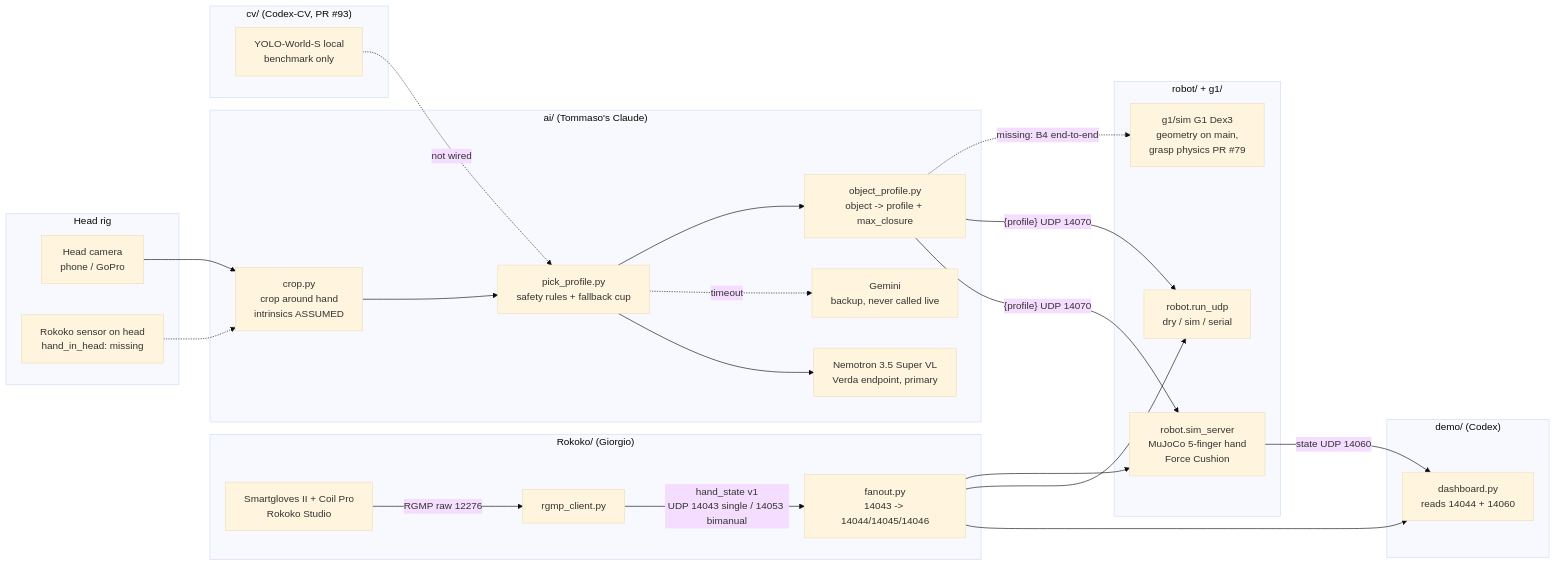
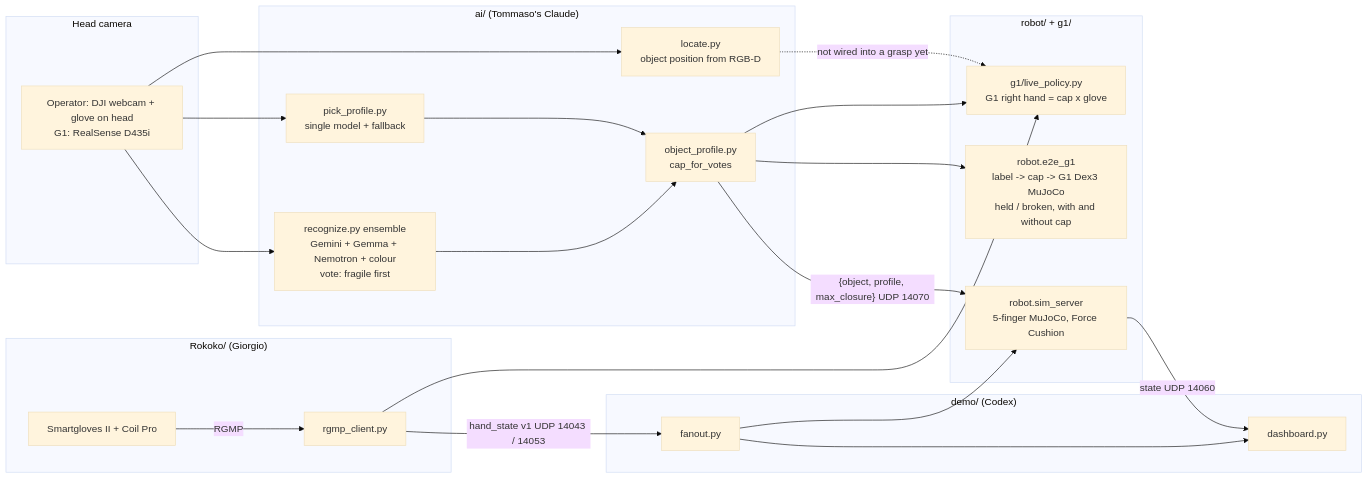
The diagram in docs/ARCHITECTURE.md (giorgiogiaretta/Junction), drawn with Mermaid (base theme) before and after one commit. The commit also changed other lines of this file and 5 other files, not shown here.

Commit message:
[docs] Update architecture, README and submissions: ensemble, locate, e2e_g1, cap_for_votes, G1 10% test, afternoon recognition numbers

````diff
--- a/docs/ARCHITECTURE.md
+++ b/docs/ARCHITECTURE.md
@@ -9,44 +9,34 @@
 ```mermaid
 flowchart LR
   subgraph Rokoko["Rokoko/  (Giorgio)"]
-    G[Smartgloves II + Coil Pro<br/>Rokoko Studio] -->|RGMP raw 12276| C[rgmp_client.py]
-    C -->|hand_state v1<br/>UDP 14043 single / 14053 bimanual| F
+    G[Smartgloves II + Coil Pro] -->|RGMP| C[rgmp_client.py]
   end
-  subgraph Head["Head rig"]
-    CAM[Head camera<br/>phone / GoPro]
-    HS[Rokoko sensor on head<br/>hand_in_head: missing]
+  subgraph Head["Head camera"]
+    CAM[Operator: DJI webcam + glove on head<br/>G1: RealSense D435i]
   end
   subgraph ai["ai/  (Tommaso's Claude)"]
-    CR[crop.py<br/>crop around hand<br/>intrinsics ASSUMED]
-    P[pick_profile.py<br/>safety rules + fallback cup]
-    N[Nemotron 3.5 Super VL<br/>Verda endpoint, primary]
-    GM[Gemini<br/>backup, never called live]
-    OP[object_profile.py<br/>object -> profile + max_closure]
-  end
-  subgraph cv["cv/  (Codex-CV, PR #93)"]
-    L[YOLO-World-S local<br/>benchmark only]
+    RE[recognize.py ensemble<br/>Gemini + Gemma + Nemotron + colour<br/>vote: fragile first]
+    PP[pick_profile.py<br/>single model + fallback]
+    LO[locate.py<br/>object position from RGB-D]
+    OP[object_profile.py<br/>cap_for_votes]
   end
   subgraph demo["demo/  (Codex)"]
-    F[fanout.py<br/>14043 -> 14044/14045/14046]
-    D[dashboard.py<br/>reads 14044 + 14060]
+    F[fanout.py] --> D[dashboard.py]
   end
-  subgraph robot["robot/  +  g1/"]
-    S[robot.sim_server<br/>MuJoCo 5-finger hand<br/>Force Cushion]
-    R[robot.run_udp<br/>dry / sim / serial]
-    G1[g1/sim G1 Dex3<br/>geometry on main,<br/>grasp physics PR #79]
+  subgraph robot["robot/ + g1/"]
+    E2E[robot.e2e_g1<br/>label -> cap -> G1 Dex3 MuJoCo<br/>held / broken, with and without cap]
+    S[robot.sim_server<br/>5-finger MuJoCo, Force Cushion]
+    LP[g1/live_policy.py<br/>G1 right hand = cap x glove]
   end
-  CAM --> CR
-  HS -.-> CR
-  CR --> P
-  P --> N
-  P -.timeout.-> GM
-  L -.not wired.-> P
-  P --> OP
-  OP -->|"{profile} UDP 14070"| S
-  OP -->|"{profile} UDP 14070"| R
-  F --> D
-  F --> R
+  C -->|hand_state v1 UDP 14043 / 14053| F
+  CAM --> RE --> OP
+  CAM --> PP --> OP
+  CAM --> LO
+  OP -->|"{object, profile, max_closure} UDP 14070"| S
+  OP --> E2E
+  OP --> LP
   F --> S
+  C --> LP
   S -->|state UDP 14060| D
-  OP -.missing: B4 end-to-end.-> G1
+  LO -.not wired into a grasp yet.-> LP
 ```
````
